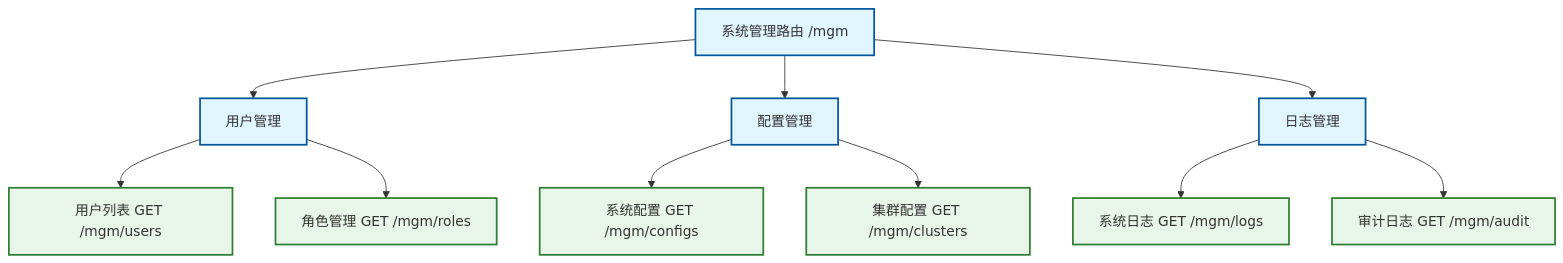
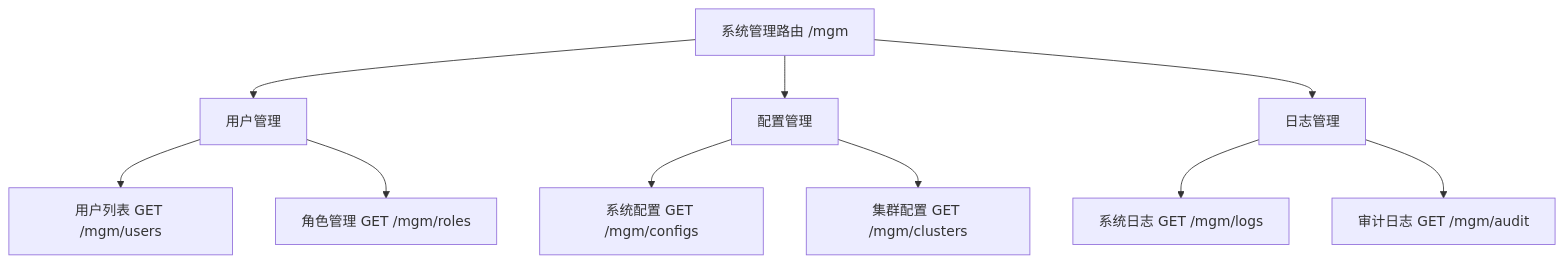
Before and after one commit to weibaohui/k8m: the fifth of 5 diagrams in docs/route_structure.md, drawn with Mermaid. The commit also changed other lines of this file, not shown here.

````diff
--- a/docs/route_structure.md
+++ b/docs/route_structure.md
@@ -87,26 +62,20 @@
 ```mermaid
 graph TD
     E[系统管理路由 /mgm] --> E1[用户管理]
     E --> E2[配置管理]
     E --> E3[日志管理]
 
     %% 用户管理子节点
     E1 --> E1_1[用户列表 GET /mgm/users]
     E1 --> E1_2[角色管理 GET /mgm/roles]
 
     %% 配置管理子节点
     E2 --> E2_1[系统配置 GET /mgm/configs]
     E2 --> E2_2[集群配置 GET /mgm/clusters]
 
     %% 日志管理子节点
     E3 --> E3_1[系统日志 GET /mgm/logs]
     E3 --> E3_2[审计日志 GET /mgm/audit]
 
-    %% 样式设置
-    classDef route fill:#e1f5fe,stroke:#01579b,stroke-width:2px;
-    classDef endpoint fill:#e8f5e9,stroke:#2e7d32,stroke-width:2px;
-
-    %% 应用样式
-    class E,E1,E2,E3 route;
-    class E1_1,E1_2,E2_1,E2_2,E3_1,E3_2 endpoint;
+    
 ```
````
